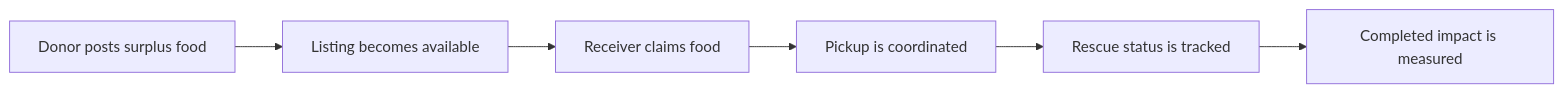
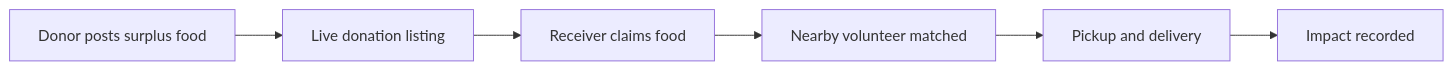
Before and after one commit to salonyranjan/ResQpla8: the first of 2 diagrams in README.md, drawn with Mermaid. The commit also changed other lines of this file and 23 other files, not shown here.

````diff
--- a/README.md
+++ b/README.md
@@ -31,8 +28,8 @@
 ```mermaid
 flowchart LR
-  A["Donor posts surplus food"] --> B["Listing becomes available"]
-  B --> C["Receiver claims food"]
-  C --> D["Pickup is coordinated"]
-  D --> E["Rescue status is tracked"]
-  E --> F["Completed impact is measured"]
+  D[Donor posts surplus food] --> L[Live donation listing]
+  L --> R[Receiver claims food]
+  R --> V[Nearby volunteer matched]
+  V --> P[Pickup and delivery]
+  P --> I[Impact recorded]
 ```
````
